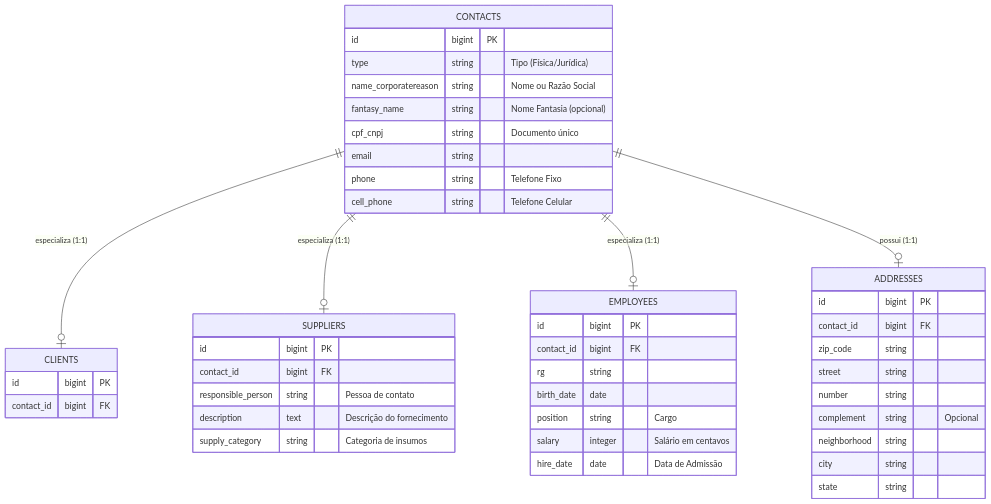
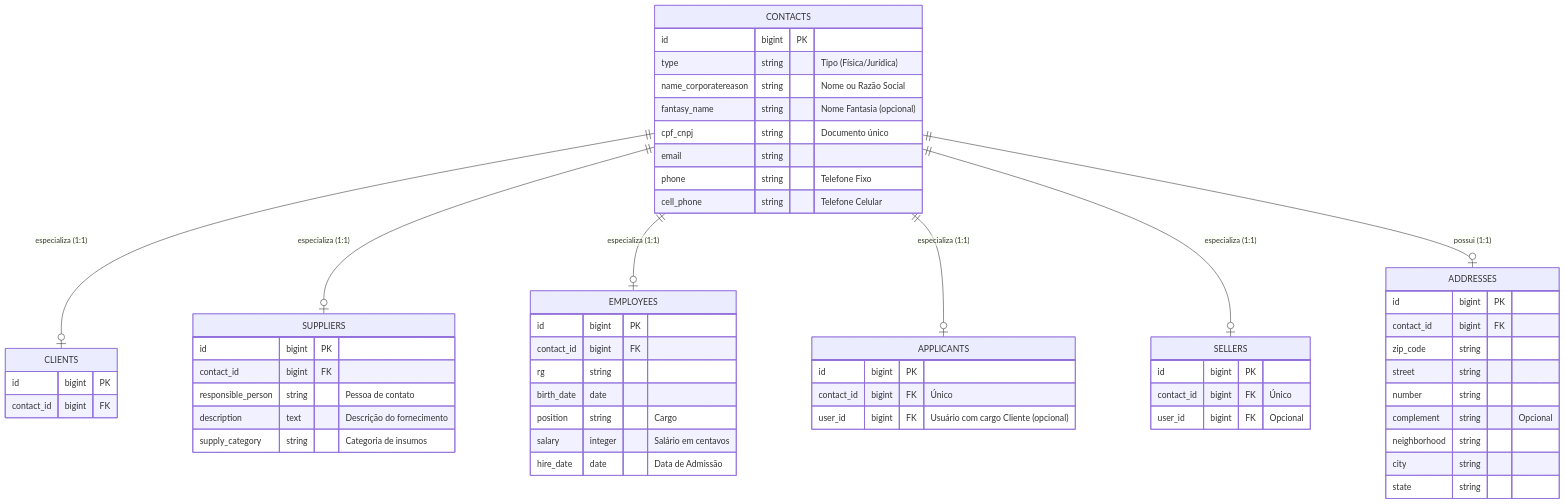
The first of 4 diagrams in docs/arquitetura/database_dictionary.md (Plataformanet/sistema-pnet), drawn with Mermaid before and after one commit. The commit also changed other lines of this file and 378 other files, not shown here.

````diff
--- a/docs/arquitetura/database_dictionary.md
+++ b/docs/arquitetura/database_dictionary.md
@@ -12,53 +12,67 @@
 ```mermaid
 erDiagram
     CONTACTS ||--o| CLIENTS : "especializa (1:1)"
     CONTACTS ||--o| SUPPLIERS : "especializa (1:1)"
     CONTACTS ||--o| EMPLOYEES : "especializa (1:1)"
+    CONTACTS ||--o| APPLICANTS : "especializa (1:1)"
+    CONTACTS ||--o| SELLERS : "especializa (1:1)"
     CONTACTS ||--o| ADDRESSES : "possui (1:1)"
     
     CONTACTS {
         id bigint PK
         type string "Tipo (Física/Jurídica)"
         name_corporatereason string "Nome ou Razão Social"
         fantasy_name string "Nome Fantasia (opcional)"
         cpf_cnpj string "Documento único"
         email string
         phone string "Telefone Fixo"
         cell_phone string "Telefone Celular"
     }
 
     ADDRESSES {
         id bigint PK
         contact_id bigint FK
         zip_code string
         street string
         number string
         complement string "Opcional"
         neighborhood string
         city string
         state string
     }
 
     CLIENTS {
         id bigint PK
         contact_id bigint FK
     }
 
     SUPPLIERS {
         id bigint PK
         contact_id bigint FK
         responsible_person string "Pessoa de contato"
         description text "Descrição do fornecimento"
         supply_category string "Categoria de insumos"
     }
 
     EMPLOYEES {
         id bigint PK
         contact_id bigint FK
         rg string
         birth_date date
         position string "Cargo"
         salary integer "Salário em centavos"
         hire_date date "Data de Admissão"
     }
+
+    APPLICANTS {
+        id bigint PK
+        contact_id bigint FK "Único"
+        user_id bigint FK "Usuário com cargo Cliente (opcional)"
+    }
+
+    SELLERS {
+        id bigint PK
+        contact_id bigint FK "Único"
+        user_id bigint FK "Opcional"
+    }
 ```
````
